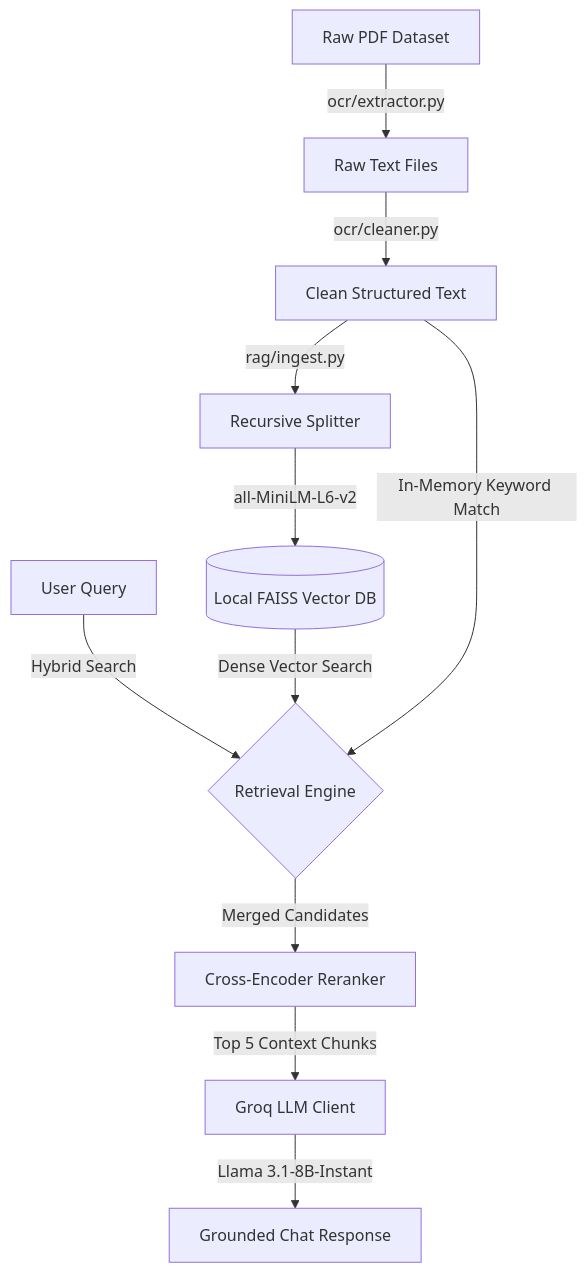
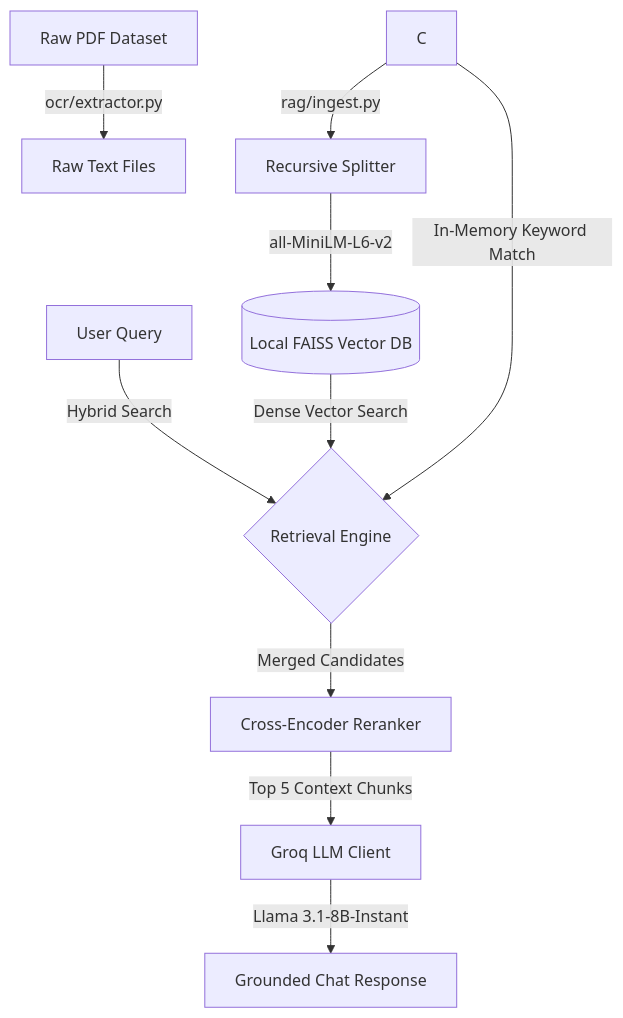
Before and after one commit to anubhav7723/SAP-BOT: the diagram in README.md, drawn with Mermaid.

Commit message:
Readme Added

````diff
--- a/README.md
+++ b/README.md
@@ -25,14 +25,13 @@
 ```mermaid
 graph TD
     A[Raw PDF Dataset] -->|ocr/extractor.py| B[Raw Text Files]
-    B -->|ocr/cleaner.py| C[Clean Structured Text]
     C -->|rag/ingest.py| D[Recursive Splitter]
     D -->|all-MiniLM-L6-v2| E[(Local FAISS Vector DB)]
     
     F[User Query] -->|Hybrid Search| G{Retrieval Engine}
     E -->|Dense Vector Search| G
     C -->|In-Memory Keyword Match| G
     G -->|Merged Candidates| H[Cross-Encoder Reranker]
     H -->|Top 5 Context Chunks| I[Groq LLM Client]
     I -->|Llama 3.1-8B-Instant| J[Grounded Chat Response]
 ```
````
